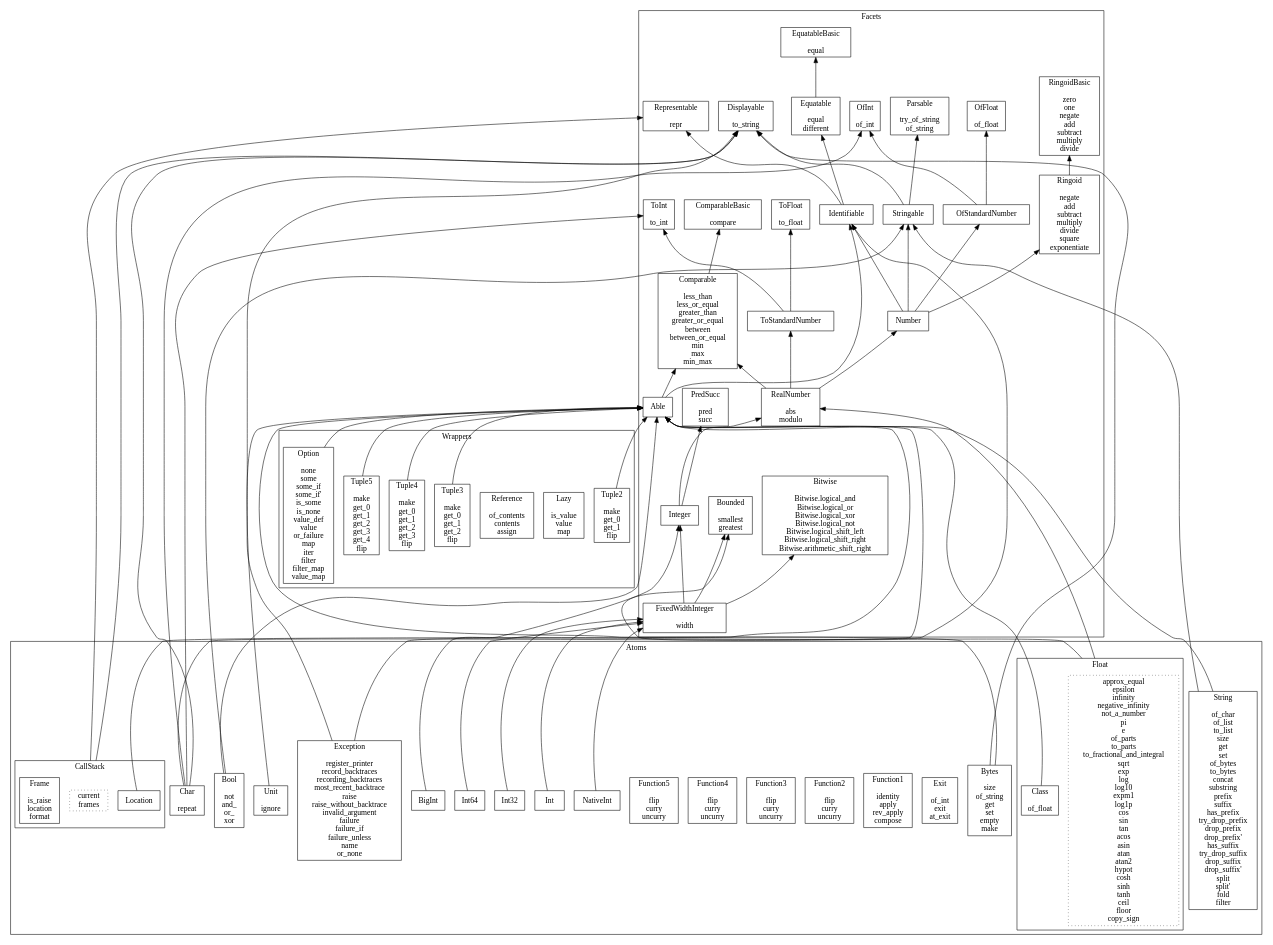
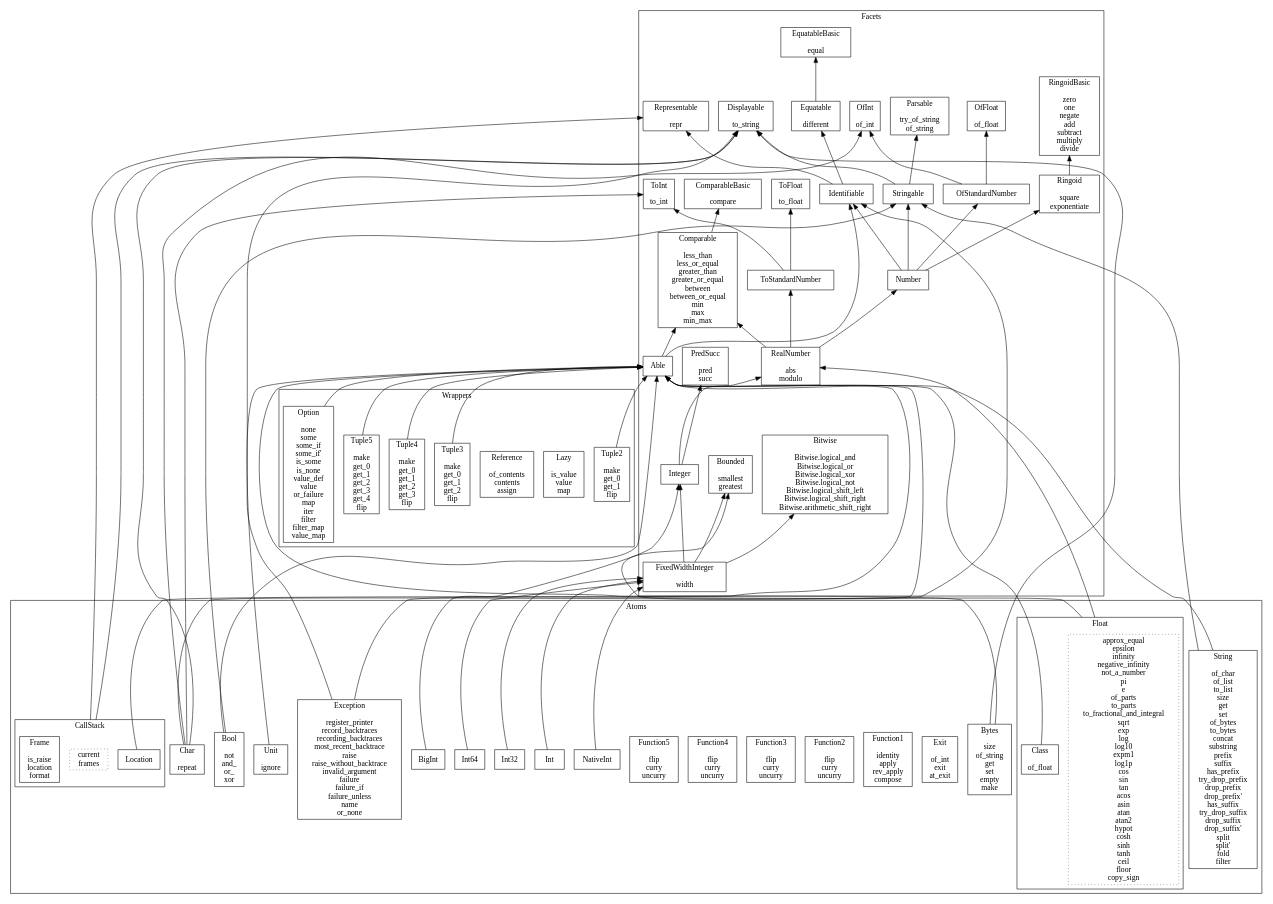
One commit to jacquev6/General changed the diagram in doc/Facets.dot. Above: the diagram before and after it, drawn with Graphviz. The commit also changed 6 other files, not shown here.

```diff
--- a/doc/Facets.dot
+++ b/doc/Facets.dot
@@ -1,133 +1,133 @@
 digraph {
   compound=true
   rankdir="BT"
   node [shape="box"]
   subgraph cluster_Facets {
     label="Facets"
     labelloc="b"
     representable [label="Representable\n\nrepr"]
     equatablebasic [label="EquatableBasic\n\nequal"]
-    equatable [label="Equatable\n\nequal\ndifferent"]
+    equatable [label="Equatable\n\ndifferent"]
     displayable [label="Displayable\n\nto_string"]
     parsable [label="Parsable\n\ntry_of_string\nof_string"]
     comparablebasic [label="ComparableBasic\n\ncompare"]
     comparable [label="Comparable\n\nless_than\nless_or_equal\ngreater_than\ngreater_or_equal\nbetween\nbetween_or_equal\nmin\nmax\nmin_max"]
     ringoidbasic [label="RingoidBasic\n\nzero\none\nnegate\nadd\nsubtract\nmultiply\ndivide"]
-    ringoid [label="Ringoid\n\nnegate\nadd\nsubtract\nmultiply\ndivide\nsquare\nexponentiate"]
+    ringoid [label="Ringoid\n\nsquare\nexponentiate"]
     ofint [label="OfInt\n\nof_int"]
     toint [label="ToInt\n\nto_int"]
     offloat [label="OfFloat\n\nof_float"]
     tofloat [label="ToFloat\n\nto_float"]
     predsucc [label="PredSucc\n\npred\nsucc"]
     bounded [label="Bounded\n\nsmallest\ngreatest"]
     bitwise [label="Bitwise\n\nBitwise.logical_and\nBitwise.logical_or\nBitwise.logical_xor\nBitwise.logical_not\nBitwise.logical_shift_left\nBitwise.logical_shift_right\nBitwise.arithmetic_shift_right"]
     identifiable [label="Identifiable"]
     able [label="Able"]
     stringable [label="Stringable"]
     ofstandardnumber [label="OfStandardNumber"]
     number [label="Number"]
     tostandardnumber [label="ToStandardNumber"]
     realnumber [label="RealNumber\n\nabs\nmodulo"]
     integer [label="Integer"]
     fixedwidthinteger [label="FixedWidthInteger\n\nwidth"]
   }
   subgraph cluster_Atoms {
     label="Atoms"
     labelloc="b"
     subgraph cluster_CallStack {
       label="CallStack"
       labelloc="b"
       callstack [style="dotted",label="current\nframes"]
       location [label="Location"]
       frame [label="Frame\n\nis_raise\nlocation\nformat"]
     }
     exception [label="Exception\n\nregister_printer\nrecord_backtraces\nrecording_backtraces\nmost_recent_backtrace\nraise\nraise_without_backtrace\ninvalid_argument\nfailure\nfailure_if\nfailure_unless\nname\nor_none"]
     exit [label="Exit\n\nof_int\nexit\nat_exit"]
     function1 [label="Function1\n\nidentity\napply\nrev_apply\ncompose"]
     function2 [label="Function2\n\nflip\ncurry\nuncurry"]
     function3 [label="Function3\n\nflip\ncurry\nuncurry"]
     function4 [label="Function4\n\nflip\ncurry\nuncurry"]
     function5 [label="Function5\n\nflip\ncurry\nuncurry"]
     unit [label="Unit\n\nignore"]
     bool [label="Bool\n\nnot\nand_\nor_\nxor"]
     char [label="Char\n\nrepeat"]
     int [label="Int"]
     int32 [label="Int32"]
     int64 [label="Int64"]
     nativeint [label="NativeInt"]
     bigint [label="BigInt"]
     subgraph cluster_Float {
       label="Float"
       labelloc="b"
       float [style="dotted",label="approx_equal\nepsilon\ninfinity\nnegative_infinity\nnot_a_number\npi\ne\nof_parts\nto_parts\nto_fractional_and_integral\nsqrt\nexp\nlog\nlog10\nexpm1\nlog1p\ncos\nsin\ntan\nacos\nasin\natan\natan2\nhypot\ncosh\nsinh\ntanh\nceil\nfloor\ncopy_sign"]
       float_class [label="Class\n\nof_float"]
     }
     string [label="String\n\nof_char\nof_list\nto_list\nsize\nget\nset\nof_bytes\nto_bytes\nconcat\nsubstring\nprefix\nsuffix\nhas_prefix\ntry_drop_prefix\ndrop_prefix\ndrop_prefix'\nhas_suffix\ntry_drop_suffix\ndrop_suffix\ndrop_suffix'\nsplit\nsplit'\nfold\nfilter"]
     bytes [label="Bytes\n\nsize\nof_string\nget\nset\nempty\nmake"]
   }
   subgraph cluster_Wrappers {
     label="Wrappers"
     labelloc="b"
     option [label="Option\n\nnone\nsome\nsome_if\nsome_if'\nis_some\nis_none\nvalue_def\nvalue\nor_failure\nmap\niter\nfilter\nfilter_map\nvalue_map"]
     lazy [label="Lazy\n\nis_value\nvalue\nmap"]
     reference [label="Reference\n\nof_contents\ncontents\nassign"]
     tuple2 [label="Tuple2\n\nmake\nget_0\nget_1\nflip"]
     tuple3 [label="Tuple3\n\nmake\nget_0\nget_1\nget_2\nflip"]
     tuple4 [label="Tuple4\n\nmake\nget_0\nget_1\nget_2\nget_3\nflip"]
     tuple5 [label="Tuple5\n\nmake\nget_0\nget_1\nget_2\nget_3\nget_4\nflip"]
   }
   equatable -> equatablebasic
   comparable -> comparablebasic
   ringoid -> ringoidbasic
   identifiable -> equatable
   identifiable -> representable
   able -> identifiable
   able -> comparable
   stringable -> displayable
   stringable -> parsable
   ofstandardnumber -> ofint
   ofstandardnumber -> offloat
   number -> identifiable
   number -> stringable
   number -> ringoid
   number -> ofstandardnumber
   tostandardnumber -> toint
   tostandardnumber -> tofloat
   realnumber -> number
   realnumber -> comparable
   realnumber -> tostandardnumber
   integer -> realnumber
   integer -> predsucc
   fixedwidthinteger -> integer
   fixedwidthinteger -> bounded
   fixedwidthinteger -> bitwise
   callstack -> displayable [ltail="cluster_CallStack"]
   callstack -> representable [ltail="cluster_CallStack"]
   location -> able
   exception -> identifiable
   exception -> displayable
   unit -> able
   bool -> able
   bool -> stringable
   char -> able
   char -> displayable
   char -> ofint
   char -> toint
   int -> fixedwidthinteger
   int32 -> fixedwidthinteger
   int64 -> fixedwidthinteger
   nativeint -> fixedwidthinteger
   bigint -> integer
   float -> realnumber [ltail="cluster_Float"]
   float -> bounded [ltail="cluster_Float"]
   float_class -> able
   string -> able
   string -> stringable
   bytes -> able
   bytes -> displayable
   option -> able
   tuple2 -> able
   tuple3 -> able
   tuple4 -> able
   tuple5 -> able
 }
```
